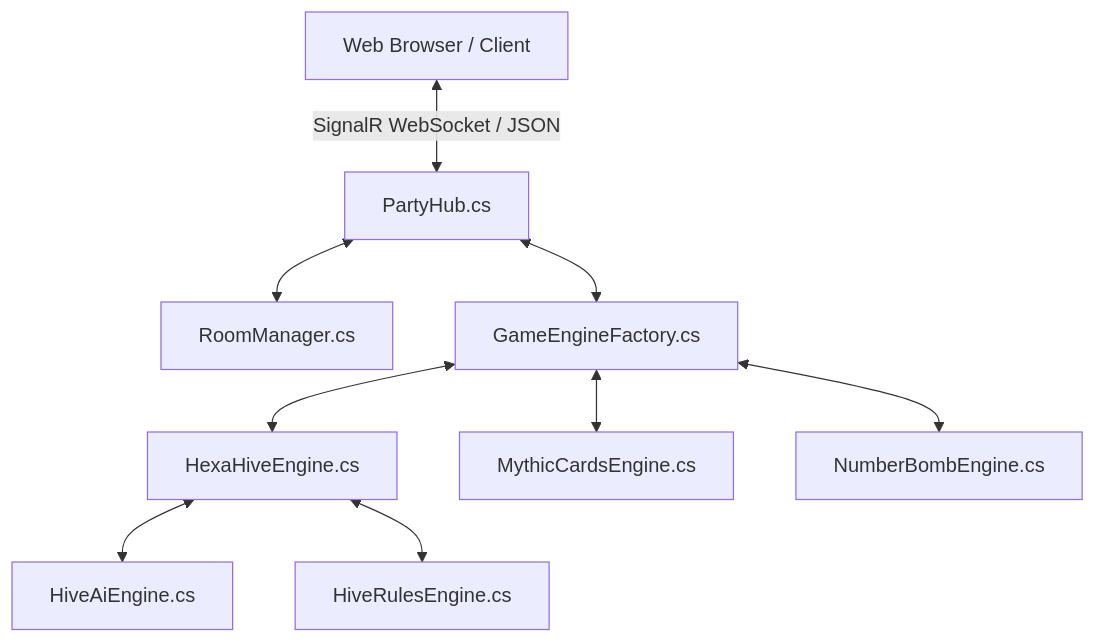
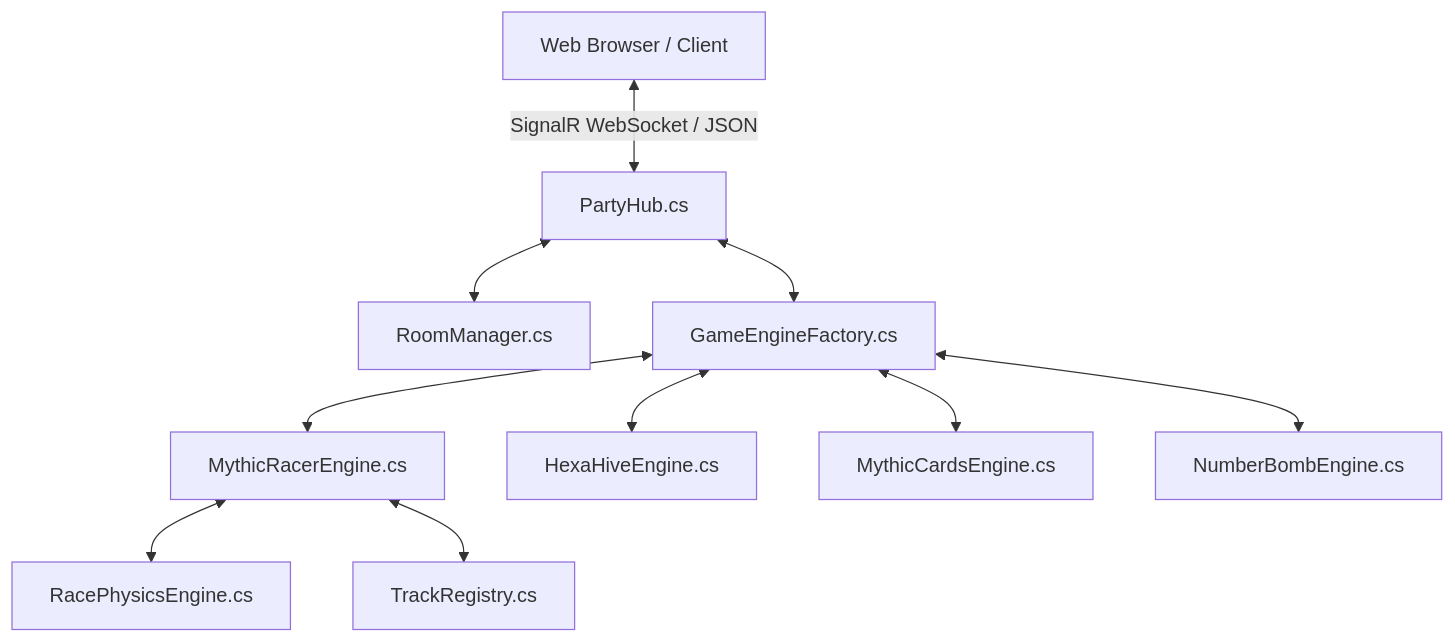
One commit to MythNovem/Myth4Ever5 changed the diagram in README.md. Above: the diagram before and after it, drawn with Mermaid. The commit also changed other lines of this file and 12 other files, not shown here.

Commit message:
MythicRacer: Thêm plan, Ver1.0 MythicRacer.

````diff
--- a/README.md
+++ b/README.md
@@ -34,11 +36,12 @@
 ```mermaid
 graph TD
     Client[Web Browser / Client] <-->|SignalR WebSocket / JSON| Hub[PartyHub.cs]
     Hub <--> RM[RoomManager.cs]
     Hub <--> Factory[GameEngineFactory.cs]
-    Factory <--> Engine1[HexaHiveEngine.cs]
-    Factory <--> Engine2[MythicCardsEngine.cs]
-    Factory <--> Engine3[NumberBombEngine.cs]
-    Engine1 <--> AI[HiveAiEngine.cs]
-    Engine1 <--> Rules[HiveRulesEngine.cs]
+    Factory <--> Engine1[MythicRacerEngine.cs]
+    Factory <--> Engine2[HexaHiveEngine.cs]
+    Factory <--> Engine3[MythicCardsEngine.cs]
+    Factory <--> Engine4[NumberBombEngine.cs]
+    Engine1 <--> Physics[RacePhysicsEngine.cs]
+    Engine1 <--> Registry[TrackRegistry.cs]
 ```
````
